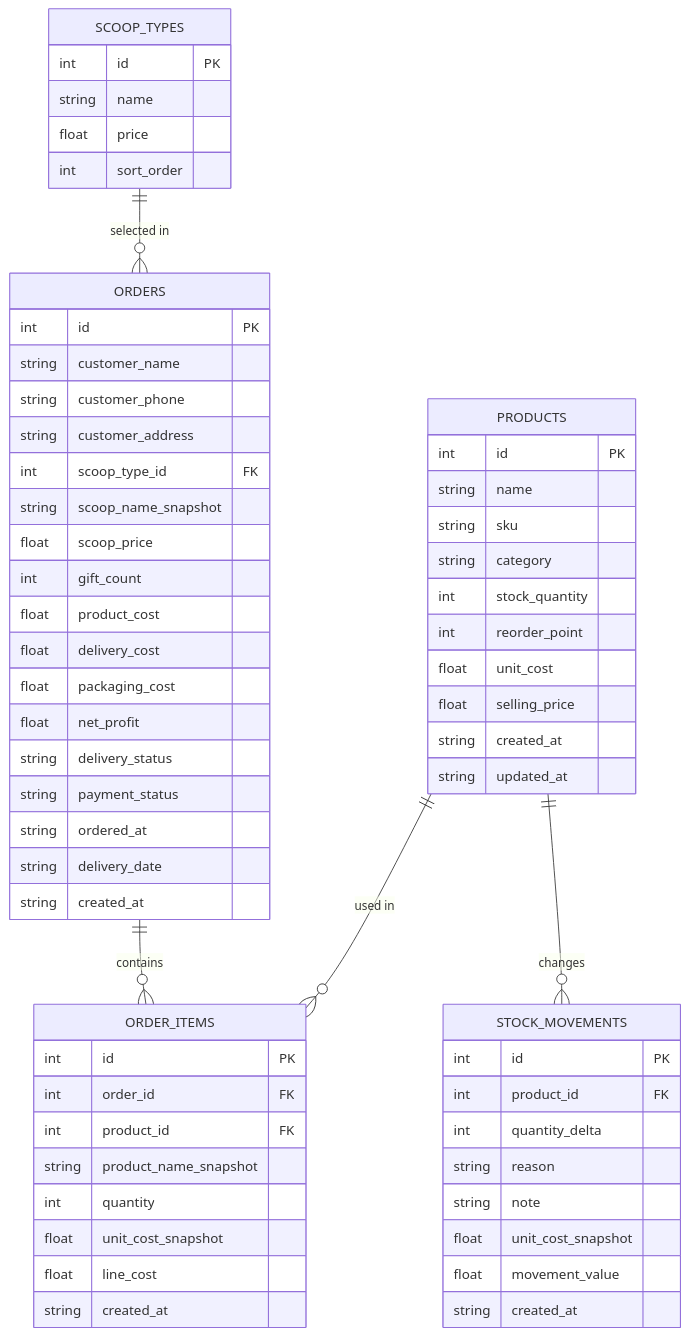
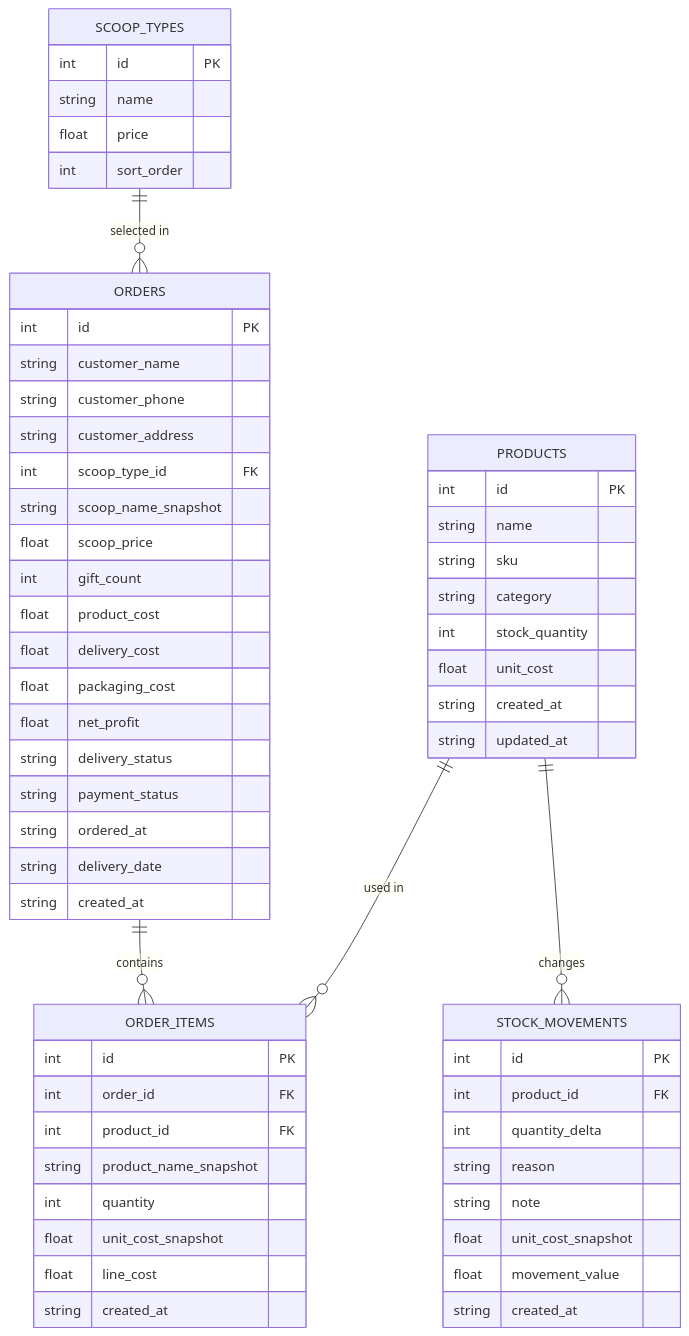
The diagram in docs/PAGE_BUSINESS_LOGIC.md (apooravmalik/Khazana-Scoop-Dashboard), drawn with Mermaid before and after one commit. The commit also changed other lines of this file and 23 other files, not shown here.

````diff
--- a/docs/PAGE_BUSINESS_LOGIC.md
+++ b/docs/PAGE_BUSINESS_LOGIC.md
@@ -38,69 +38,67 @@
 ```mermaid
 erDiagram
     SCOOP_TYPES ||--o{ ORDERS : "selected in"
     ORDERS ||--o{ ORDER_ITEMS : "contains"
     PRODUCTS ||--o{ ORDER_ITEMS : "used in"
     PRODUCTS ||--o{ STOCK_MOVEMENTS : "changes"
 
     SCOOP_TYPES {
         int id PK
         string name
         float price
         int sort_order
     }
 
     PRODUCTS {
         int id PK
         string name
         string sku
         string category
         int stock_quantity
-        int reorder_point
         float unit_cost
-        float selling_price
         string created_at
         string updated_at
     }
 
     STOCK_MOVEMENTS {
         int id PK
         int product_id FK
         int quantity_delta
         string reason
         string note
         float unit_cost_snapshot
         float movement_value
         string created_at
     }
 
     ORDERS {
         int id PK
         string customer_name
         string customer_phone
         string customer_address
         int scoop_type_id FK
         string scoop_name_snapshot
         float scoop_price
         int gift_count
         float product_cost
         float delivery_cost
         float packaging_cost
         float net_profit
         string delivery_status
         string payment_status
         string ordered_at
         string delivery_date
         string created_at
     }
 
     ORDER_ITEMS {
         int id PK
         int order_id FK
         int product_id FK
         string product_name_snapshot
         int quantity
         float unit_cost_snapshot
         float line_cost
         string created_at
     }
 ```
````
